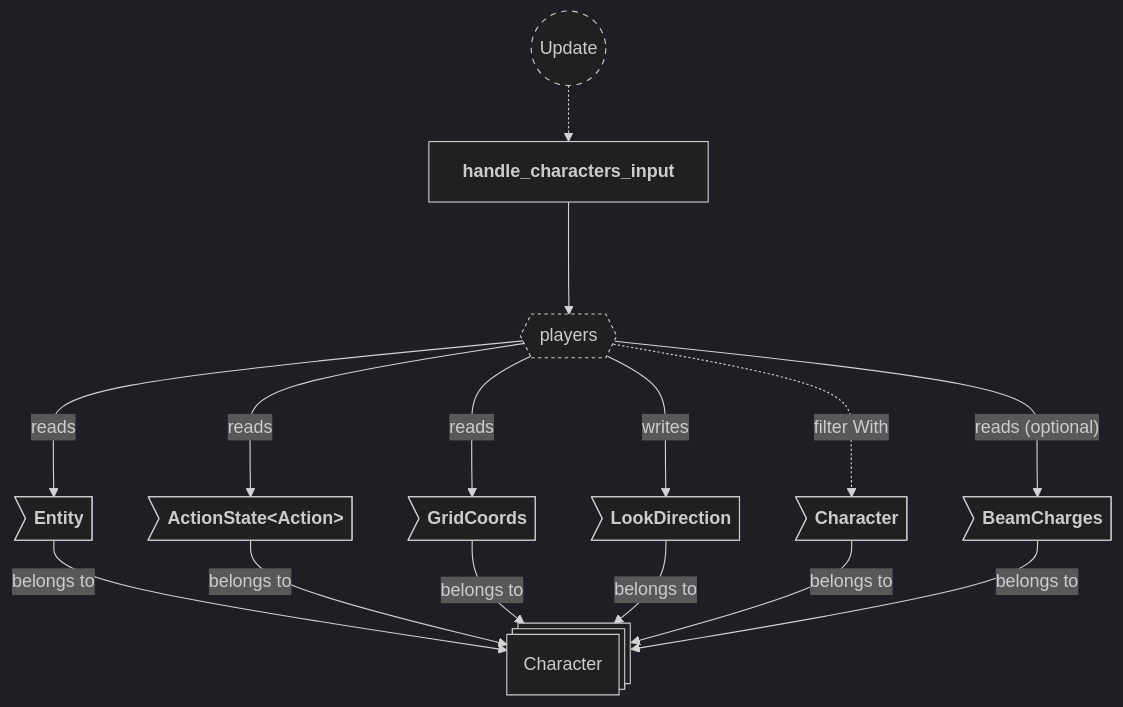
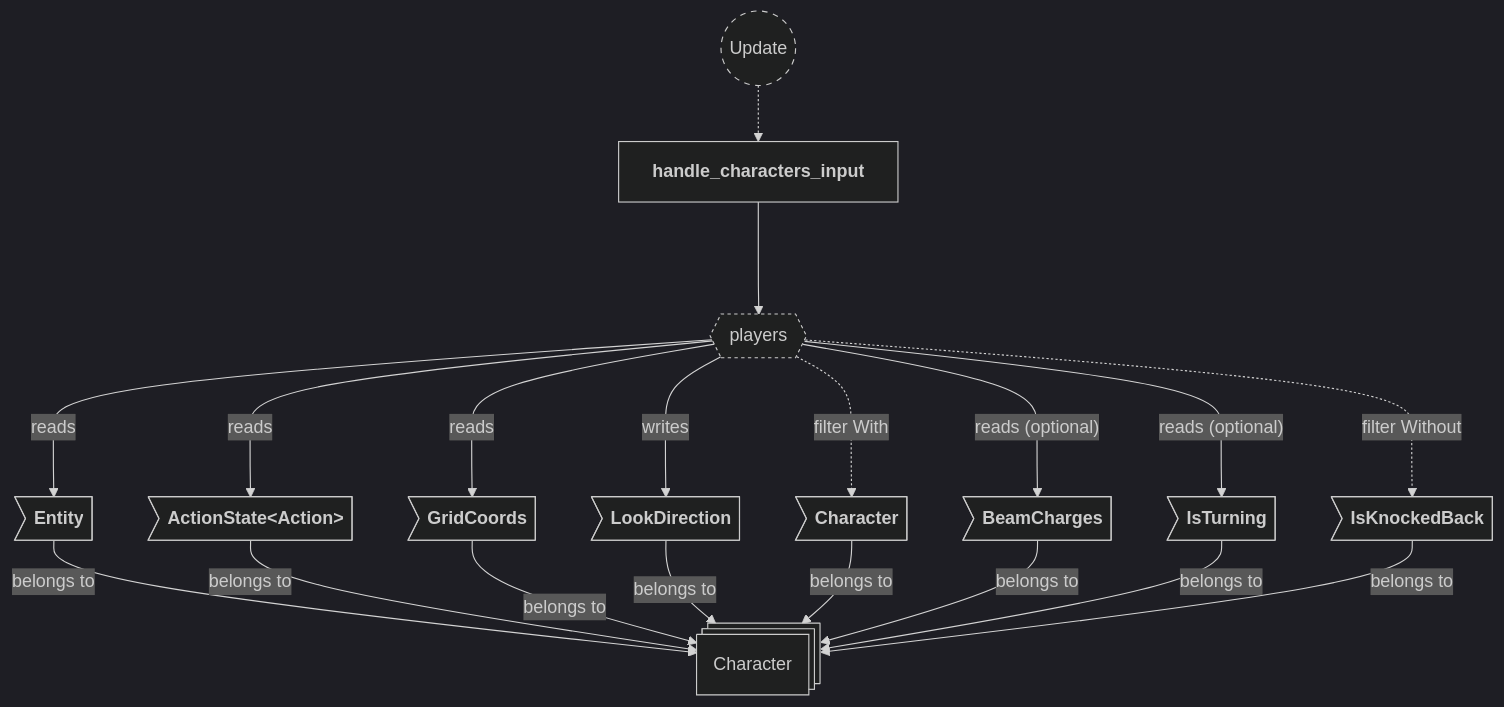
Before and after one commit to neurosoup/tyled: the fourth of 8 diagrams in backlog/docs/doc-2 - 002-Input-plugin.md, drawn with Mermaid. The commit also changed other lines of this file and 8 other files, not shown here.

````diff
--- a/backlog/docs/doc-2 - 002-Input-plugin.md
+++ b/backlog/docs/doc-2 - 002-Input-plugin.md
@@ -144,34 +151,38 @@
 ```mermaid
 ---
 config:
   theme: dark
 ---
 
 flowchart TD
 classDef system-group stroke-dasharray: 5 5
 classDef query stroke-dasharray: 3 3
 
 update(("`Update`")):::system-group
 handle_characters_input["`**handle_characters_input**`"]
 
 update -.-> handle_characters_input
 
 players_query{{"`players`"}}:::query
 handle_characters_input ---> players_query
 
 character_entity@{ shape: st-rect, label: "Character" }
 
 pe_entity>"`**Entity**`"] --> |belongs to| character_entity
 pe_action_state>"`**ActionState#60;Action#62;**`"] --> |belongs to| character_entity
 pe_grid_coords>"`**GridCoords**`"] --> |belongs to| character_entity
 pe_look_direction>"`**LookDirection**`"] --> |belongs to| character_entity
 pe_character>"`**Character**`"] --> |belongs to| character_entity
 pe_beam_charges>"`**BeamCharges**`"] --> |belongs to| character_entity
+pe_is_turning>"`**IsTurning**`"] --> |belongs to| character_entity
+pe_is_knocked_back>"`**IsKnockedBack**`"] --> |belongs to| character_entity
 
 players_query ---> |reads| pe_entity
 players_query ---> |reads| pe_action_state
 players_query ---> |reads| pe_grid_coords
 players_query ---> |writes| pe_look_direction
 players_query ---> |"reads (optional)"| pe_beam_charges
+players_query ---> |"reads (optional)"| pe_is_turning
 players_query -..-> |filter With| pe_character
+players_query -..-> |filter Without| pe_is_knocked_back
 ```
````
